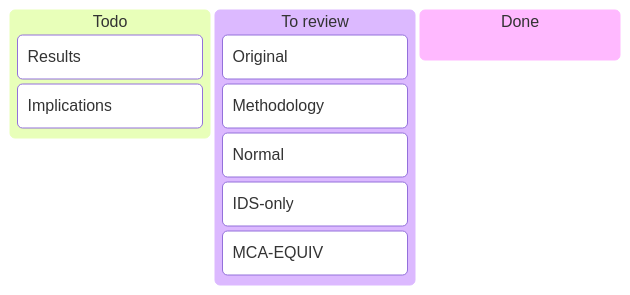
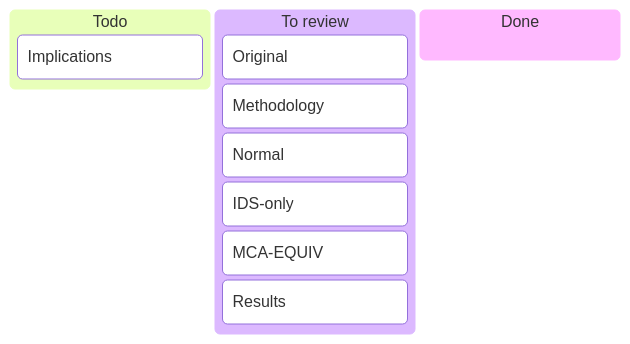
The second of 3 diagrams in README.md (onlyidev/bachelor.thesis), drawn with Mermaid before and after one commit. The commit also changed other lines of this file and 13 other files, not shown here.

````diff
--- a/README.md
+++ b/README.md
@@ -16,14 +16,14 @@
 ```mermaid
 kanban
 todo["Todo"]
- Results
  Implications
 
 review["To review"]
  Original
  Methodology
  Normal
  IDS-only
  MCA-EQUIV
+ Results
 done["Done"]
 ```
````
